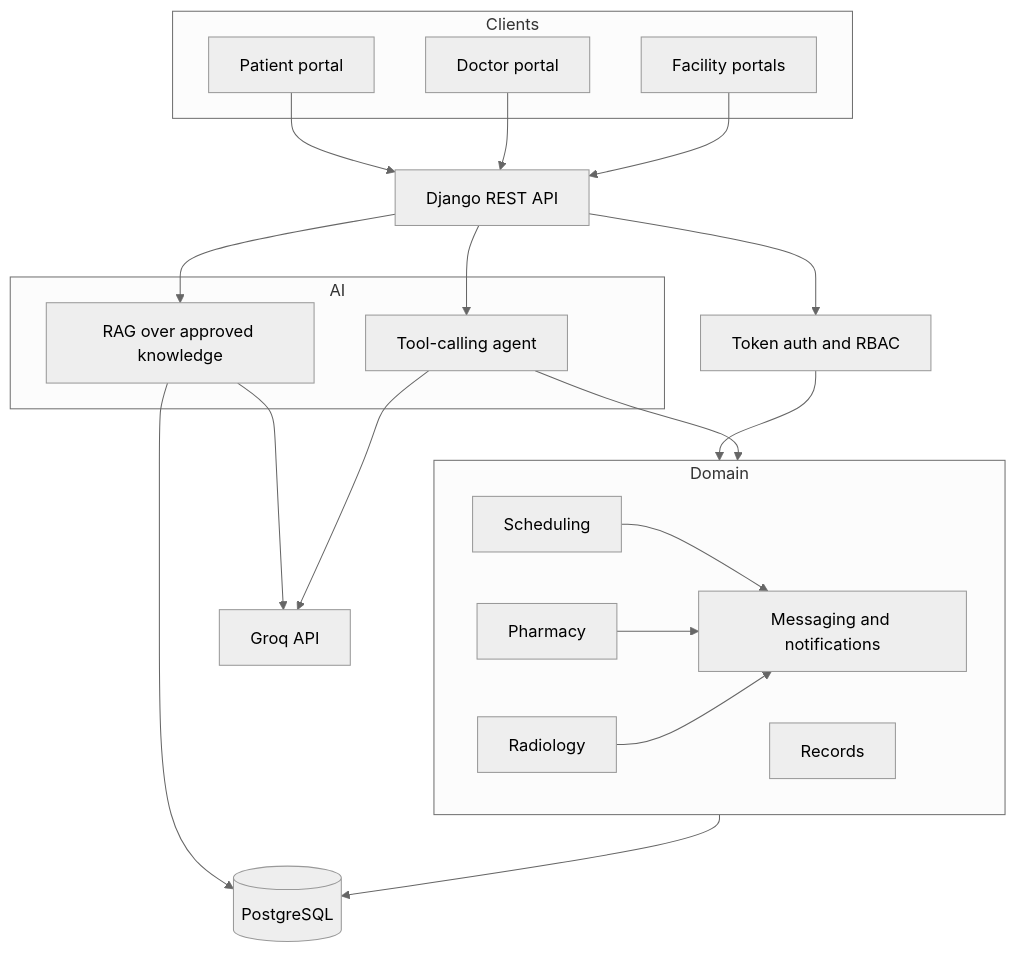
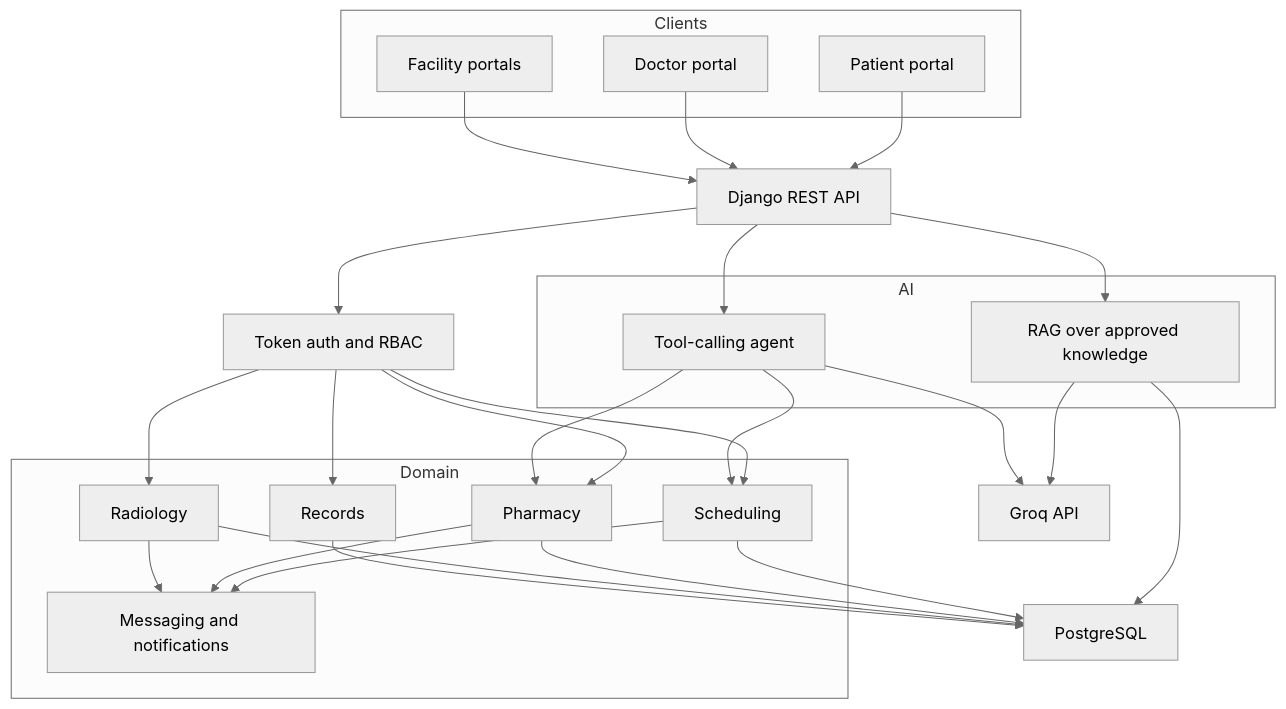
Before and after one commit to Yousef-7ossam/Roshada: diagram 20 of 21 in README.md, drawn with Mermaid (neutral theme). The commit also changed other lines of this file and 1 other file, not shown here.

````diff
--- a/README.md
+++ b/README.md
@@ -743,37 +753,46 @@
 ```mermaid
 graph TB
     subgraph Clients
         PU[Patient portal]
         DU[Doctor portal]
         FU[Facility portals]
     end
     API[Django REST API]
     AUTH[Token auth and RBAC]
     subgraph Domain
         S1[Scheduling]
         S2[Pharmacy]
         S3[Radiology]
         S4[Records]
         S5[Messaging and notifications]
     end
-    DB[(PostgreSQL)]
+    DB[PostgreSQL]
     subgraph AI
         RAGS[RAG over approved knowledge]
         AGENTS[Tool-calling agent]
     end
     EXT[Groq API]
 
     PU --> API
     DU --> API
     FU --> API
-    API --> AUTH --> Domain --> DB
+    API --> AUTH
+    AUTH --> S1
+    AUTH --> S2
+    AUTH --> S3
+    AUTH --> S4
+    S1 --> DB
+    S2 --> DB
+    S3 --> DB
+    S4 --> DB
     S1 --> S5
     S2 --> S5
     S3 --> S5
     API --> RAGS
     API --> AGENTS
-    AGENTS --> Domain
+    AGENTS --> S1
+    AGENTS --> S2
     RAGS --> DB
     RAGS --> EXT
     AGENTS --> EXT
 ```
````
